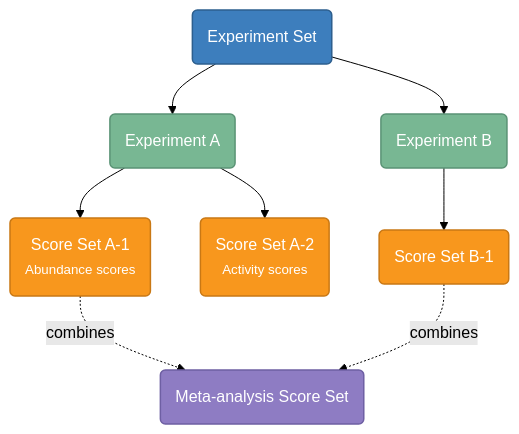
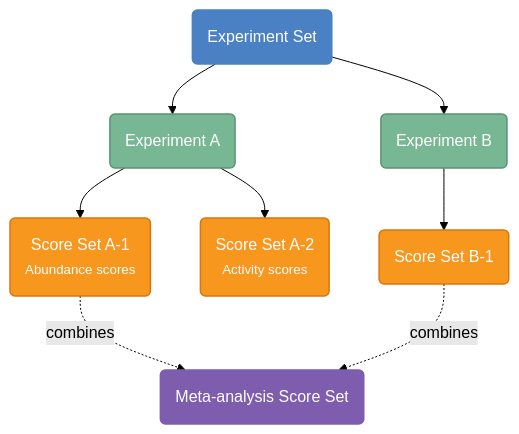
The diagram in docs/content/getting-started/key-concepts.md (VariantEffect/mavedb-ui), drawn with Mermaid (forest theme) before and after one commit. The commit also changed 3 other files, not shown here.

First line of the commit message:
docs: color diagrams with the brand palette

````diff
--- a/docs/content/getting-started/key-concepts.md
+++ b/docs/content/getting-started/key-concepts.md
@@ -9,28 +9,28 @@
 ```mermaid
 graph TD
     ES("Experiment Set")
     E1("Experiment A")
     E2("Experiment B")
     SS1("Score Set A-1<br/><small>Abundance scores</small>")
     SS2("Score Set A-2<br/><small>Activity scores</small>")
     SS3("Score Set B-1")
     MA("Meta-analysis Score Set")
 
     ES --> E1
     ES --> E2
     E1 --> SS1
     E1 --> SS2
     E2 --> SS3
     SS1 -.->|"combines"| MA
     SS3 -.->|"combines"| MA
 
-    classDef expset fill:#3d7ebd,color:#fff,stroke:#2d5f8e,stroke-width:1.5px
-    classDef exp fill:#78B793,color:#fff,stroke:#5a9375,stroke-width:1.5px
-    classDef ss fill:#F8971D,color:#fff,stroke:#c97814,stroke-width:1.5px
-    classDef meta fill:#8e7cc3,color:#fff,stroke:#6e5fa3,stroke-width:1.5px
+    classDef expset fill:#4a80c4,color:#fff,stroke:#4a80c4,stroke-width:1.5px
+    classDef exp fill:#78b793,color:#fff,stroke:#5a9375,stroke-width:1.5px
+    classDef ss fill:#f8971d,color:#fff,stroke:#d97510,stroke-width:1.5px
+    classDef meta fill:#7e5daf,color:#fff,stroke:#7e5daf,stroke-width:1.5px
 
     class ES expset
     class E1,E2 exp
     class SS1,SS2,SS3 ss
     class MA meta
 ```
````
